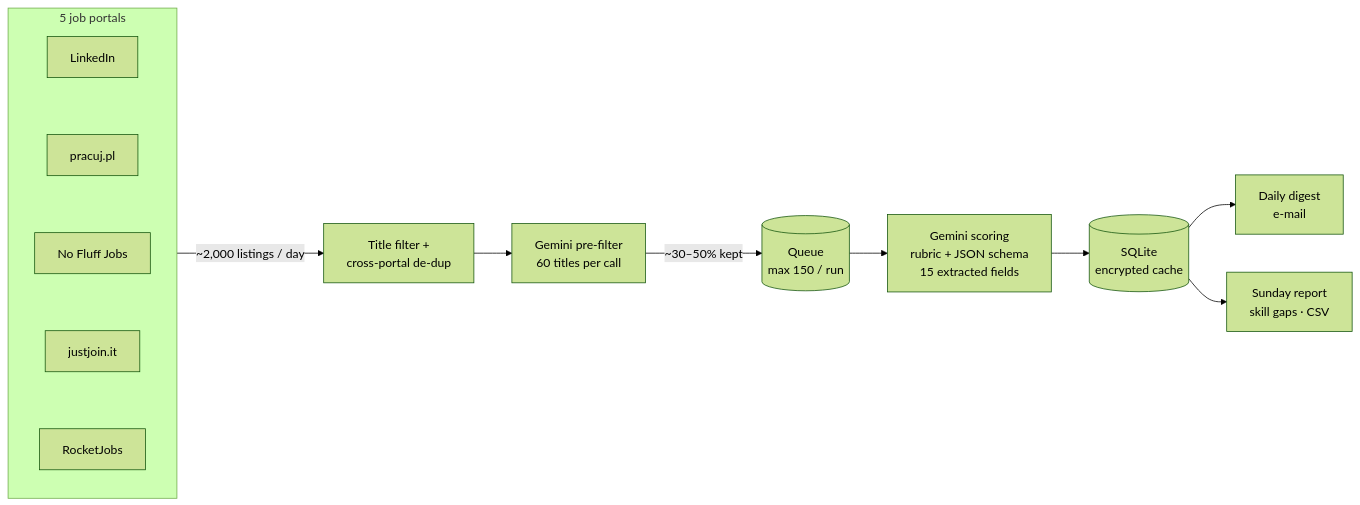
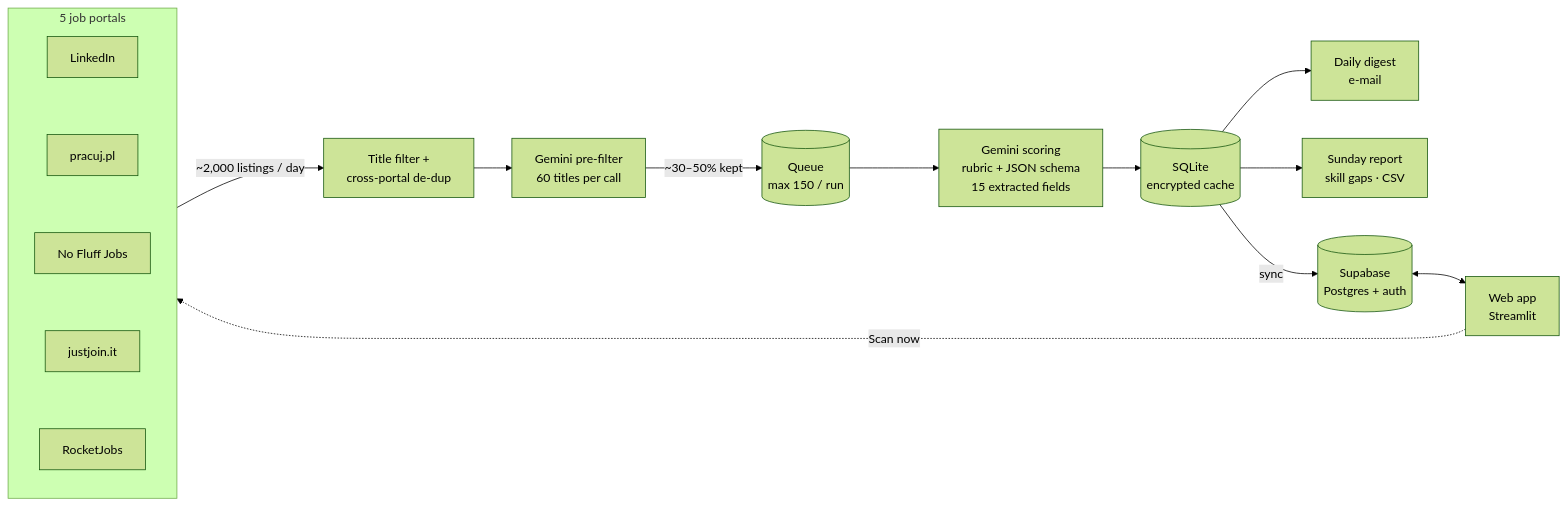
The diagram in README.md (er1rk/job-scanner), drawn with Mermaid (forest theme) before and after one commit. The commit also changed other lines of this file and 12 other files, not shown here.

First line of the commit message:
Add a web app (Streamlit + Supabase)

````diff
--- a/README.md
+++ b/README.md
@@ -13,14 +14,17 @@
 ```mermaid
 flowchart LR
     subgraph SRC["5 job portals"]
         direction TB
         L[LinkedIn] ~~~ P[pracuj.pl] ~~~ N[No Fluff Jobs] ~~~ J[justjoin.it] ~~~ R[RocketJobs]
     end
     SRC -->|"~2,000 listings / day"| F["Title filter +<br/>cross-portal de-dup"]
     F --> T["Gemini pre-filter<br/>60 titles per call"]
     T -->|"~30–50% kept"| Q[("Queue<br/>max 150 / run")]
     Q --> S["Gemini scoring<br/>rubric + JSON schema<br/>15 extracted fields"]
     S --> DB[("SQLite<br/>encrypted cache")]
     DB --> D["Daily digest<br/>e-mail"]
     DB --> W["Sunday report<br/>skill gaps · CSV"]
+    DB -->|sync| SB[("Supabase<br/>Postgres + auth")]
+    SB <--> APP["Web app<br/>Streamlit"]
+    APP -.->|"Scan now"| SRC
 ```
````
